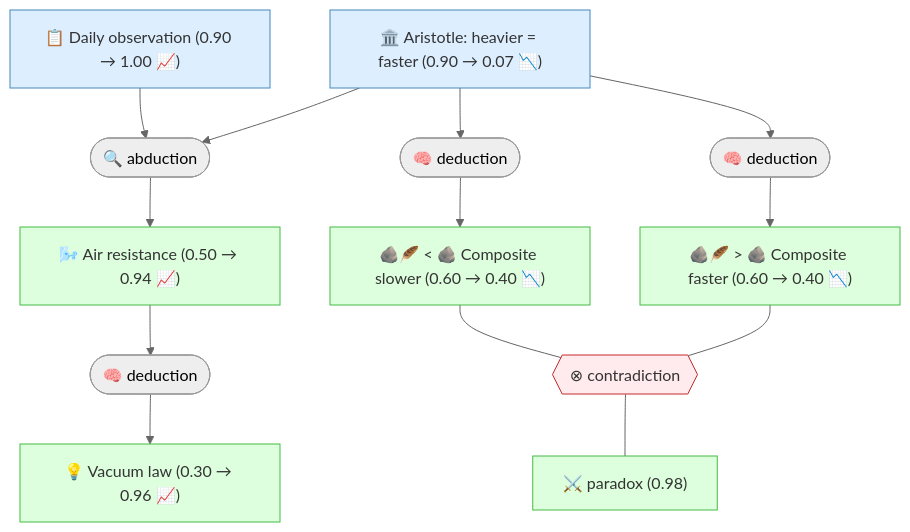
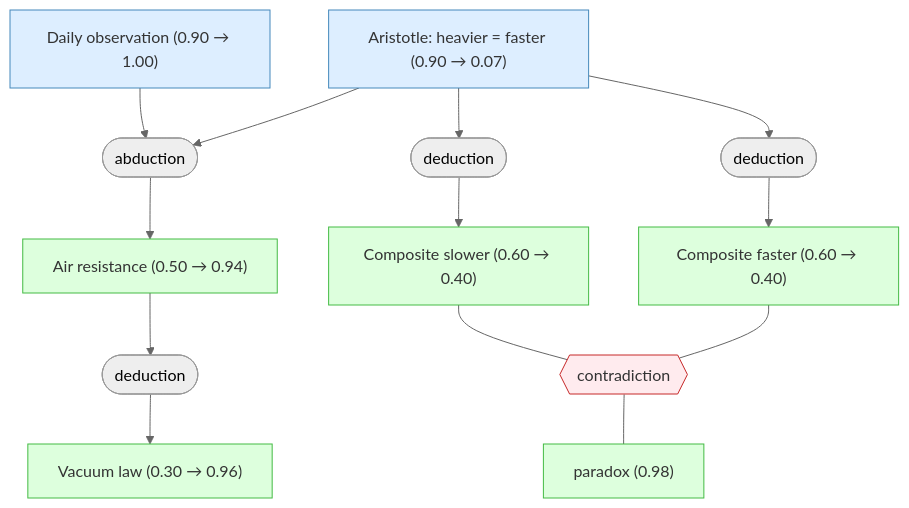
One commit to SiliconEinstein/Gaia changed the diagram in README.md. Above: the diagram before and after it, drawn with Mermaid (neutral theme). The commit also changed other lines of this file, not shown here.

````diff
--- a/README.md
+++ b/README.md
@@ -48,32 +48,32 @@
 ```mermaid
 graph TD
-    obs_daily["📋 Daily observation (0.90 → 1.00 📈)"]:::premise
-    aristotle["🏛️ Aristotle: heavier = faster (0.90 → 0.07 📉)"]:::premise
-    air_resistance["🌬️ Air resistance (0.50 → 0.94 📈)"]:::derived
-    composite_slower["🪨🪶 < 🪨 Composite slower (0.60 → 0.40 📉)"]:::derived
-    composite_faster["🪨🪶 > 🪨 Composite faster (0.60 → 0.40 📉)"]:::derived
-    paradox["⚔️ paradox (0.98)"]:::derived
-    vacuum_law["💡 Vacuum law (0.30 → 0.96 📈)"]:::derived
-    strat_0(["🔍 abduction"])
+    obs_daily["Daily observation (0.90 → 1.00)"]:::premise
+    aristotle["Aristotle: heavier = faster (0.90 → 0.07)"]:::premise
+    air_resistance["Air resistance (0.50 → 0.94)"]:::derived
+    composite_slower["Composite slower (0.60 → 0.40)"]:::derived
+    composite_faster["Composite faster (0.60 → 0.40)"]:::derived
+    paradox["paradox (0.98)"]:::derived
+    vacuum_law["Vacuum law (0.30 → 0.96)"]:::derived
+    strat_0(["abduction"])
     obs_daily --> strat_0
     aristotle --> strat_0
     strat_0 --> air_resistance
-    strat_1(["🧠 deduction"])
+    strat_1(["deduction"])
     aristotle --> strat_1
     strat_1 --> composite_slower
-    strat_2(["🧠 deduction"])
+    strat_2(["deduction"])
     aristotle --> strat_2
     strat_2 --> composite_faster
-    strat_3(["🧠 deduction"])
+    strat_3(["deduction"])
     air_resistance --> strat_3
     strat_3 --> vacuum_law
-    oper_0{{"⊗ contradiction"}}:::contra
+    oper_0{{"contradiction"}}:::contra
     composite_slower --- oper_0
     composite_faster --- oper_0
     oper_0 --- paradox
 
     classDef setting fill:#f0f0f0,stroke:#999,color:#333
     classDef premise fill:#ddeeff,stroke:#4488bb,color:#333
     classDef derived fill:#ddffdd,stroke:#44bb44,color:#333
     classDef contra fill:#ffebee,stroke:#c62828,color:#333
 ```
````
